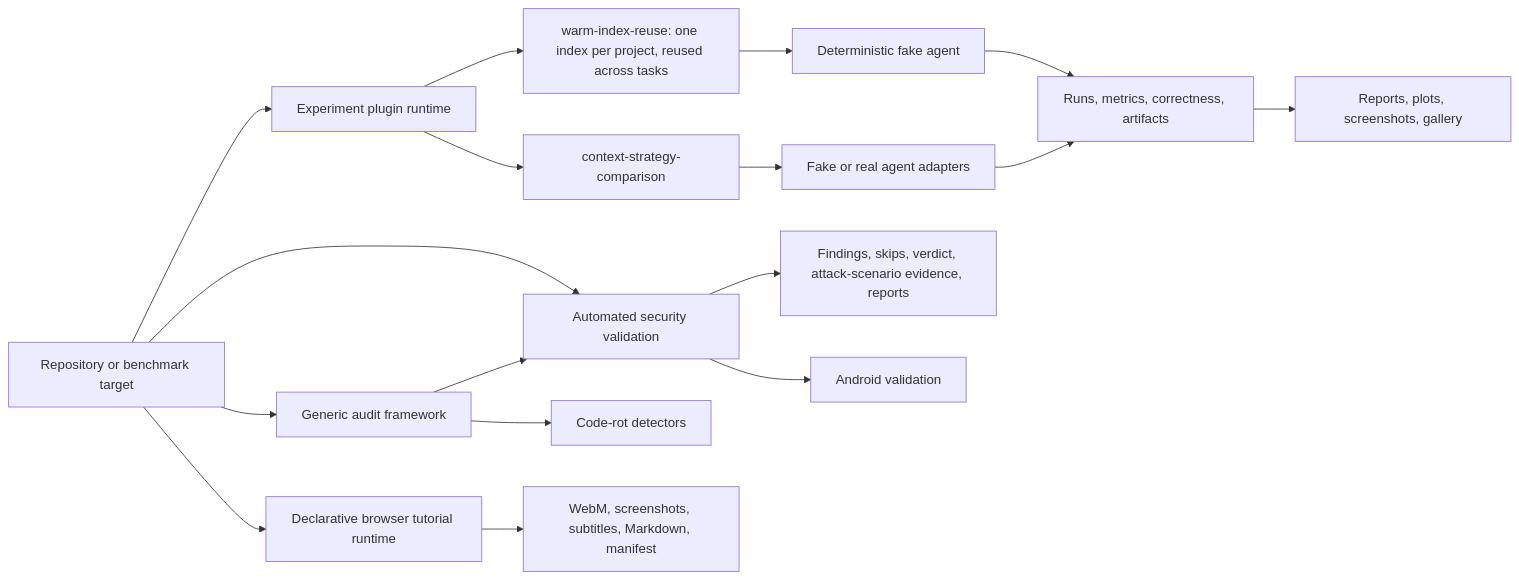
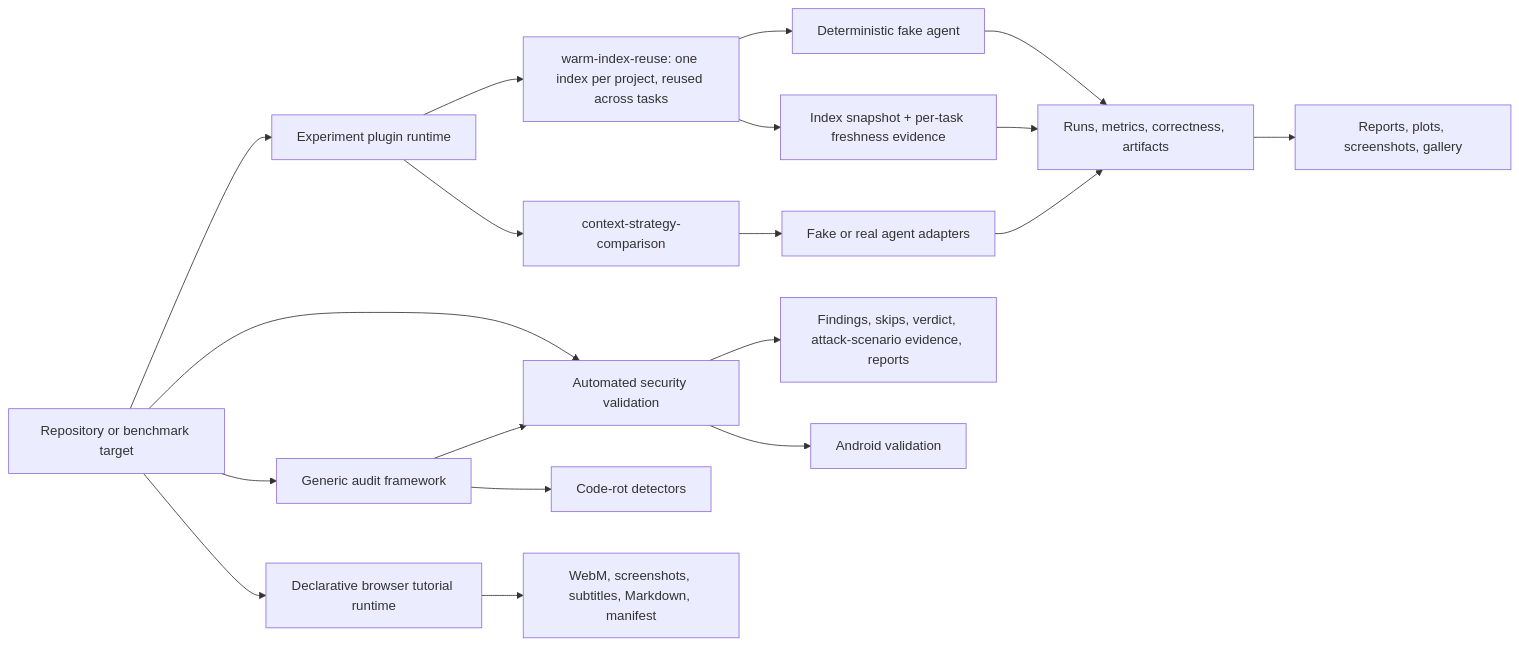
Before and after one commit to dailephd/my-dev-kit-lab: the diagram in docs/PROJECT_OVERVIEW.md, drawn with Mermaid. The commit also changed other lines of this file and 8 other files, not shown here.

````diff
--- a/docs/PROJECT_OVERVIEW.md
+++ b/docs/PROJECT_OVERVIEW.md
@@ -45,22 +47,24 @@
 ```mermaid
 flowchart LR
   Target[Repository or benchmark target] --> Experiment[Experiment plugin runtime]
   Experiment --> Plugin[context-strategy-comparison]
   Experiment --> WarmPlugin[warm-index-reuse: one index per project, reused across tasks]
   Plugin --> Agents[Fake or real agent adapters]
   WarmPlugin --> FakeAgent[Deterministic fake agent]
   FakeAgent --> Evidence
+  WarmPlugin --> IndexSnapshotFreshness[Index snapshot + per-task freshness evidence]
+  IndexSnapshotFreshness --> Evidence
   Agents --> Evidence[Runs, metrics, correctness, artifacts]
   Evidence --> Reports[Reports, plots, screenshots, gallery]
 
   Target --> Security[Automated security validation]
   Security --> SecurityEvidence[Findings, skips, verdict, attack-scenario evidence, reports]
   Security --> Android[Android validation]
 
   Target --> Audit[Generic audit framework]
   Audit --> CodeRot[Code-rot detectors]
   Audit --> Security
 
   Target --> Tutorial[Declarative browser tutorial runtime]
   Tutorial --> TutorialEvidence[WebM, screenshots, subtitles, Markdown, manifest]
 ```
````
